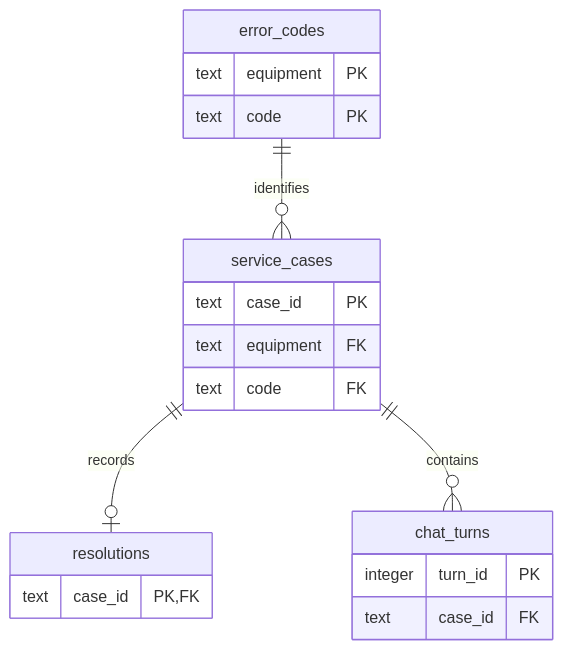
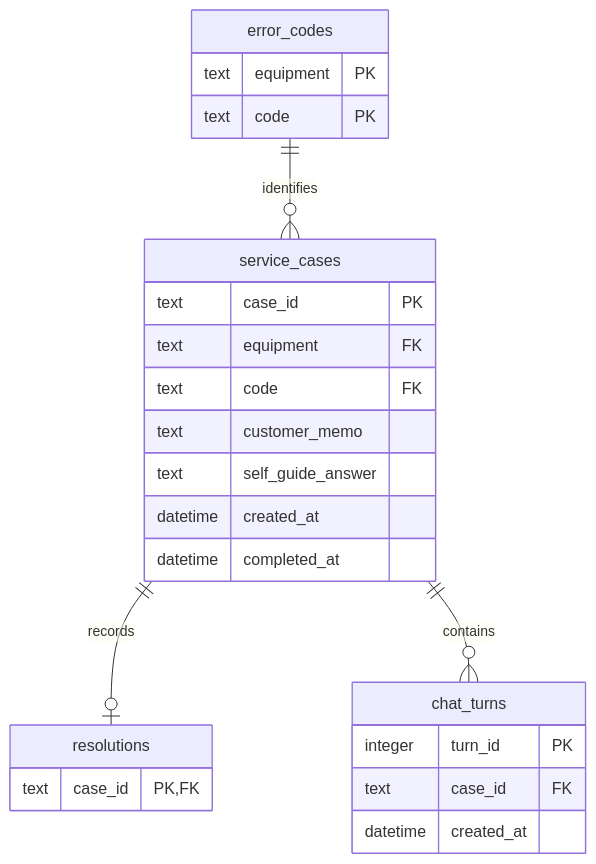
One commit to movebrain/m-pilot changed the second of 2 diagrams in docs/spec.md. Above: the diagram before and after it, drawn with Mermaid. The commit also changed other lines of this file and 2 other files, not shown here.

````diff
--- a/docs/spec.md
+++ b/docs/spec.md
@@ -428,22 +428,27 @@
 ```mermaid
 erDiagram
   error_codes ||--o{ service_cases : identifies
   service_cases ||--o| resolutions : records
   service_cases ||--o{ chat_turns : contains
   error_codes {
     text equipment PK
     text code PK
   }
   service_cases {
     text case_id PK
     text equipment FK
     text code FK
+    text customer_memo
+    text self_guide_answer
+    datetime created_at
+    datetime completed_at
   }
   resolutions {
     text case_id PK, FK
   }
   chat_turns {
     integer turn_id PK
     text case_id FK
+    datetime created_at
   }
 ```
````
